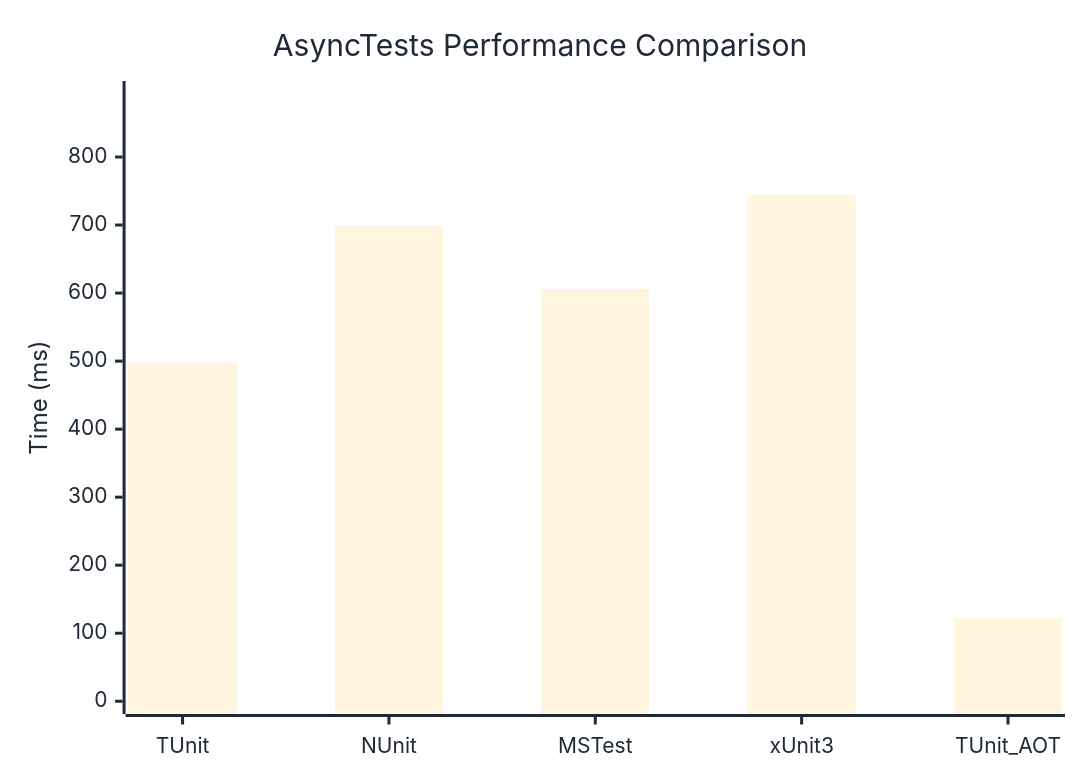
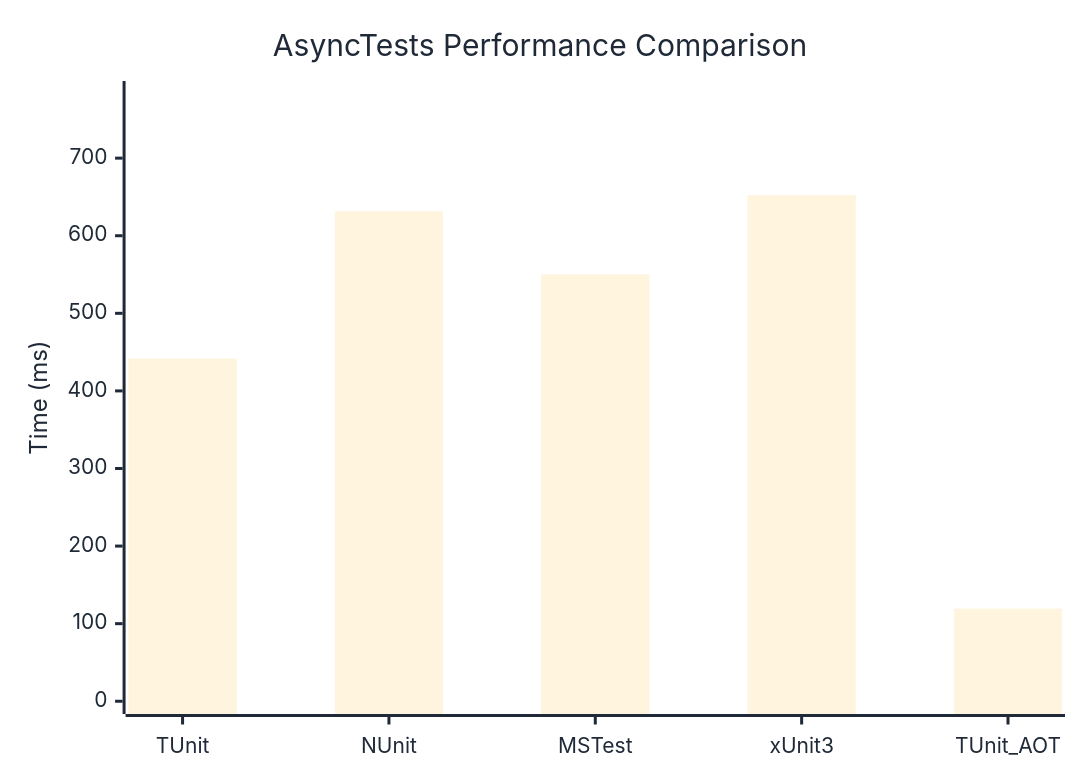
The diagram in docs/docs/benchmarks/AsyncTests.md (thomhurst/TUnit), drawn with Mermaid before and after one commit. The commit also changed other lines of this file and 17 other files, not shown here.

````diff
--- a/docs/docs/benchmarks/AsyncTests.md
+++ b/docs/docs/benchmarks/AsyncTests.md
@@ -27,37 +27,37 @@
 ```mermaid
 %%{init: {
   'theme':'base',
   'themeVariables': {
     'primaryColor': '#2563eb',
     'primaryTextColor': '#1f2937',
     'primaryBorderColor': '#1e40af',
     'lineColor': '#6b7280',
     'secondaryColor': '#7c3aed',
     'tertiaryColor': '#dc2626',
     'background': '#ffffff',
     'mainBkg': '#2563eb',
     'secondBkg': '#7c3aed',
     'tertiaryBkg': '#dc2626',
     'clusterBkg': '#f3f4f6',
     'edgeLabelBackground': '#ffffff',
     'tertiaryTextColor': '#1f2937',
     'pie1': '#2563eb',
     'pie2': '#7c3aed',
     'pie3': '#dc2626',
     'pie4': '#f59e0b',
     'pie5': '#10b981',
     'pie6': '#06b6d4',
     'pie7': '#ec4899',
     'pie8': '#6366f1',
     'pie9': '#84cc16',
     'pie10': '#f97316',
     'pie11': '#14b8a6',
     'pie12': '#a855f7'
   }
 }}%%
 xychart-beta
   title "AsyncTests Performance Comparison"
   x-axis ["TUnit", "NUnit", "MSTest", "xUnit3", "TUnit_AOT"]
-  y-axis "Time (ms)" 0 --> 893
-  bar [497.2, 698.9, 605.6, 743.7, 121.9]
+  y-axis "Time (ms)" 0 --> 783
+  bar [441.7, 631.4, 550.3, 652.3, 119.4]
 ```
````
